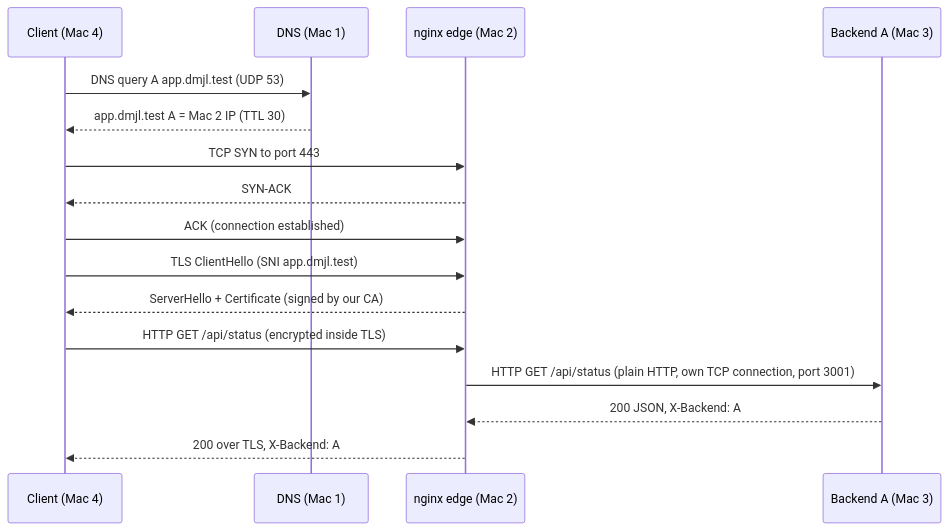
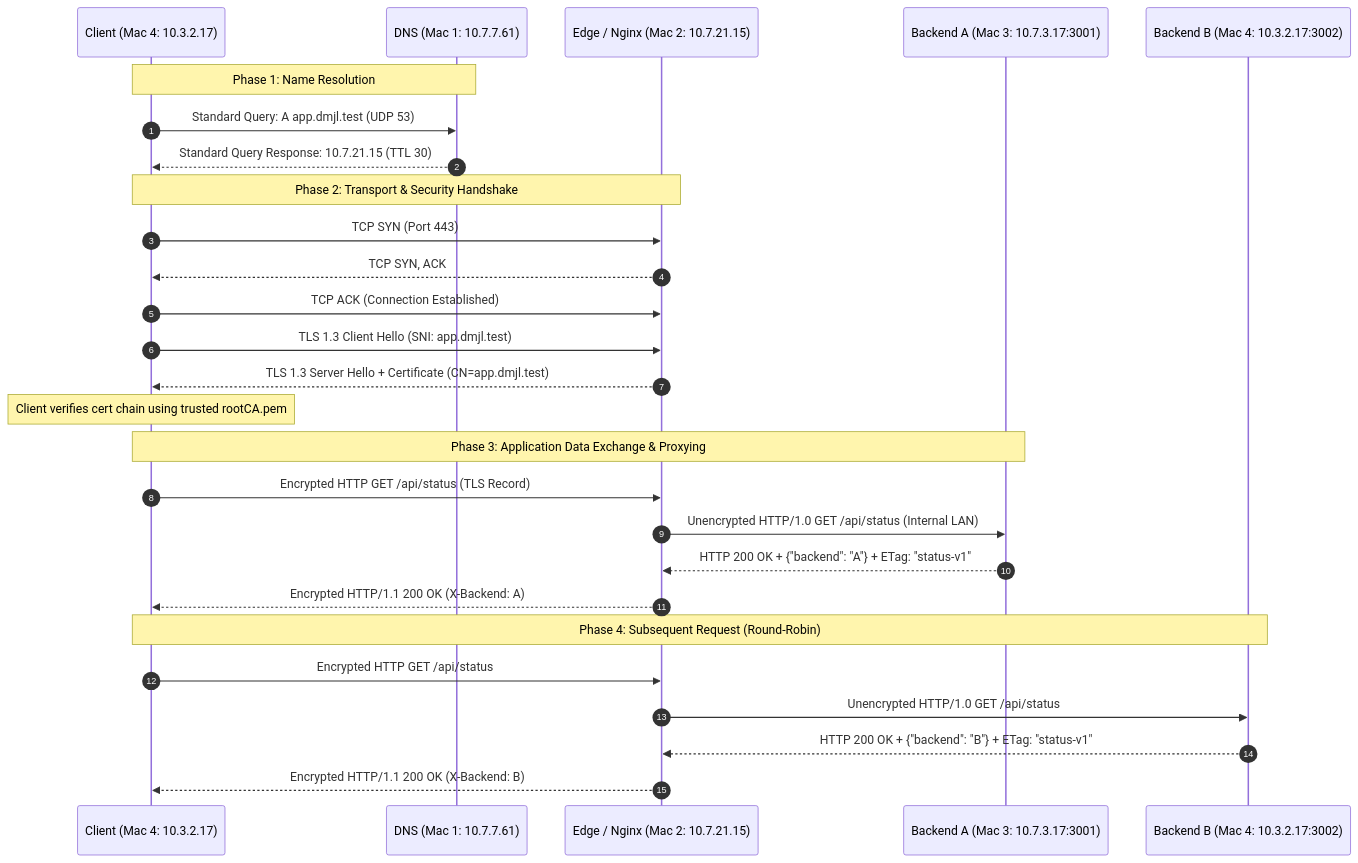
One commit to Dhanvin1520/dmjl-port-cn-project changed the second of 2 diagrams in README.md. Above: the diagram before and after it, drawn with Mermaid. The commit also changed other lines of this file and 2 other files, not shown here.

Commit message:
docs: finalize architecture documentation, topology matrix, and Phase 1 submission index

````diff
--- a/README.md
+++ b/README.md
@@ -40,18 +70,33 @@
 ```mermaid
 sequenceDiagram
-    participant C as Client (Mac 4)
-    participant D as DNS (Mac 1)
-    participant E as nginx edge (Mac 2)
-    participant A as Backend A (Mac 3)
-    C->>D: DNS query A app.dmjl.test (UDP 53)
-    D-->>C: app.dmjl.test A = Mac 2 IP (TTL 30)
-    C->>E: TCP SYN to port 443
-    E-->>C: SYN-ACK
-    C->>E: ACK (connection established)
-    C->>E: TLS ClientHello (SNI app.dmjl.test)
-    E-->>C: ServerHello + Certificate (signed by our CA)
-    C->>E: HTTP GET /api/status (encrypted inside TLS)
-    E->>A: HTTP GET /api/status (plain HTTP, own TCP connection, port 3001)
-    A-->>E: 200 JSON, X-Backend: A
-    E-->>C: 200 over TLS, X-Backend: A
+    autonumber
+    participant C as Client (Mac 4: 10.3.2.17)
+    participant D as DNS (Mac 1: 10.7.7.61)
+    participant E as Edge / Nginx (Mac 2: 10.7.21.15)
+    participant A as Backend A (Mac 3: 10.7.3.17:3001)
+    participant B as Backend B (Mac 4: 10.3.2.17:3002)
+
+    Note over C,D: Phase 1: Name Resolution
+    C->>D: Standard Query: A app.dmjl.test (UDP 53)
+    D-->>C: Standard Query Response: 10.7.21.15 (TTL 30)
+
+    Note over C,E: Phase 2: Transport & Security Handshake
+    C->>E: TCP SYN (Port 443)
+    E-->>C: TCP SYN, ACK
+    C->>E: TCP ACK (Connection Established)
+    C->>E: TLS 1.3 Client Hello (SNI: app.dmjl.test)
+    E-->>C: TLS 1.3 Server Hello + Certificate (CN=app.dmjl.test)
+    Note over C: Client verifies cert chain using trusted rootCA.pem
+
+    Note over C,A: Phase 3: Application Data Exchange & Proxying
+    C->>E: Encrypted HTTP GET /api/status (TLS Record)
+    E->>A: Unencrypted HTTP/1.0 GET /api/status (Internal LAN)
+    A-->>E: HTTP 200 OK + {"backend": "A"} + ETag: "status-v1"
+    E-->>C: Encrypted HTTP/1.1 200 OK (X-Backend: A)
+
+    Note over C,B: Phase 4: Subsequent Request (Round-Robin)
+    C->>E: Encrypted HTTP GET /api/status
+    E->>B: Unencrypted HTTP/1.0 GET /api/status
+    B-->>E: HTTP 200 OK + {"backend": "B"} + ETag: "status-v1"
+    E-->>C: Encrypted HTTP/1.1 200 OK (X-Backend: B)
 ```
````
